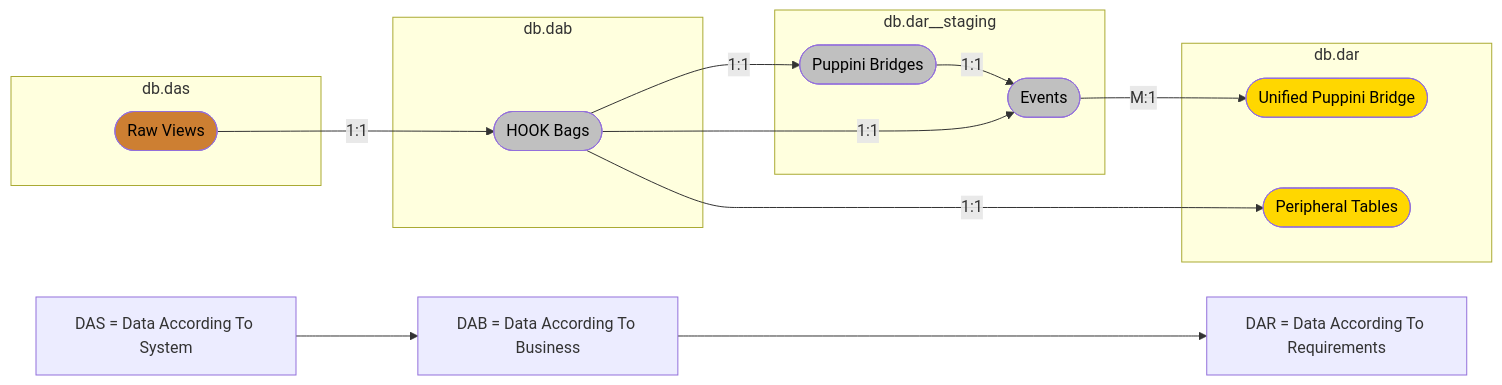
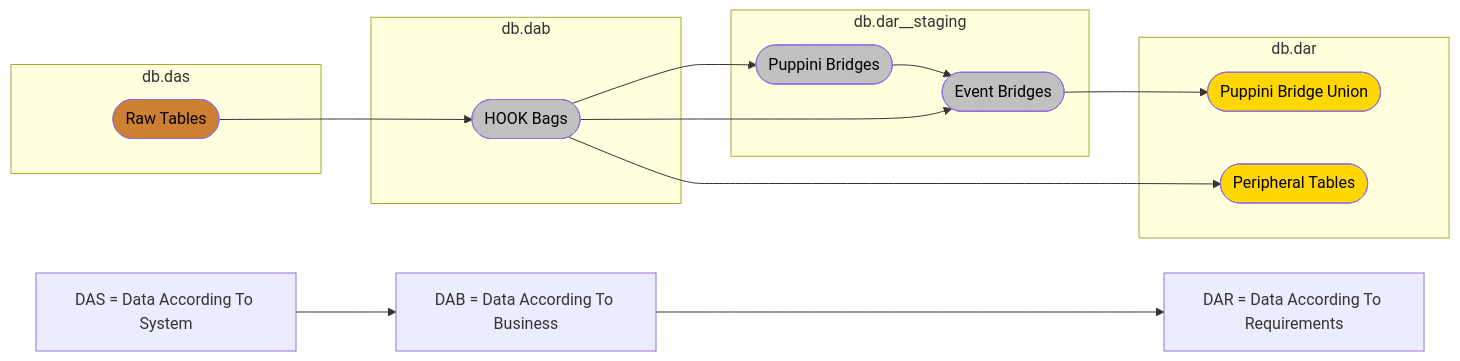
Before and after one commit to mattiasthalen/adventure-works: the second of 2 diagrams in README.md, drawn with Mermaid. The commit also changed 1 other file, not shown here.

Commit message:
Refine DAG graphs

````diff
--- a/README.md
+++ b/README.md
@@ -55,32 +55,32 @@
 ```mermaid
 flowchart LR
     classDef bronze fill:#CD7F32,color:black
     classDef silver fill:#C0C0C0,color:black
     classDef gold fill:#FFD700,color:black
 
     subgraph das["db.das"]
-        raw(["Raw Views"]):::bronze
+        raw(["Raw Tables"]):::bronze
     end
 
     subgraph dab["db.dab"]
         hook(["HOOK Bags"]):::silver
     end
 
     subgraph dar_stg["db.dar__staging"]
-        bridge_staging(["Puppini Bridges"]):::silver
-        events(["Events"]):::silver
+        bridges(["Puppini Bridges"]):::silver
+        event_bridges(["Event Bridges"]):::silver
     end
 
     subgraph dar["db.dar"]
-        unified_bridge(["Unified Puppini Bridge"]):::gold
+        bridge_union(["Puppini Bridge Union"]):::gold
         peripheral(["Peripheral Tables"]):::gold
     end
 
-    raw -- "1:1" --> hook -- "1:1" --> bridge_staging -- "1:1" --> events -- "M:1" --> unified_bridge
-    hook -- "1:1" --> events
-    hook -- "1:1" --> peripheral
+    raw --> hook --> bridges --> event_bridges --> bridge_union
+    hook --> event_bridges
+    hook --> peripheral
 
     legend_das["DAS = Data According To System"] -->
     legend_dab["DAB = Data According To Business"] ---->
     legend_dar["DAR = Data According To Requirements"]
 ```
````
